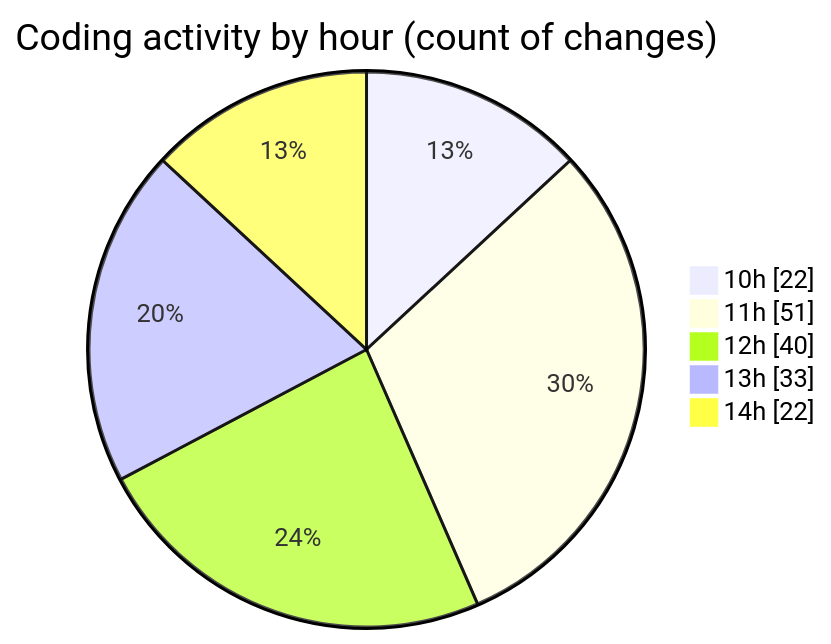
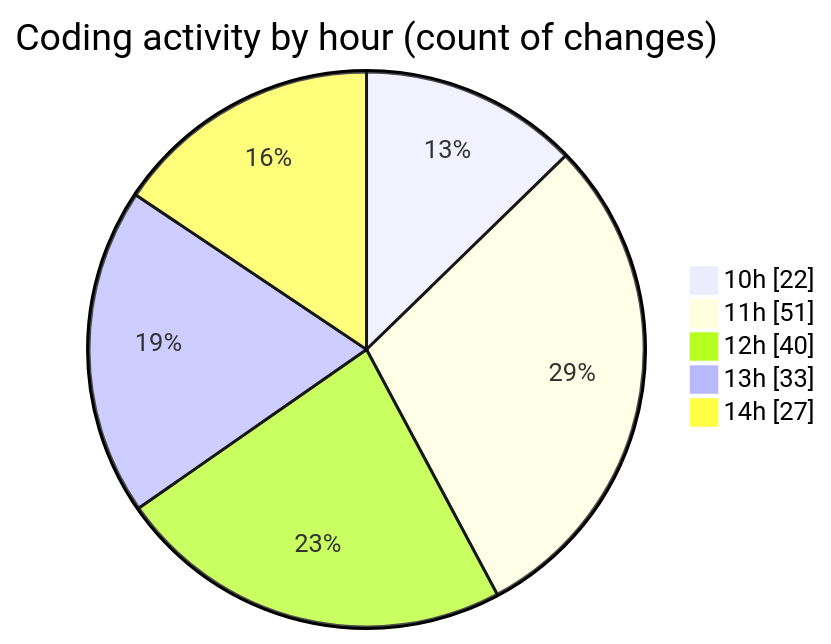
One commit to momahboobian/code-tracking changed the second of 2 diagrams in 2025-04-29/cda/README.md. Above: the diagram before and after it, drawn with Mermaid. The commit also changed other lines of this file and 1 other file, not shown here.

````diff
--- a/2025-04-29/cda/README.md
+++ b/2025-04-29/cda/README.md
@@ -53,9 +54,9 @@
 ```mermaid
 pie showData
 title Coding activity by hour (count of changes)
 "10h" : 22
 "11h" : 51
 "12h" : 40
 "13h" : 33
-"14h" : 22
+"14h" : 27
 ```
````
